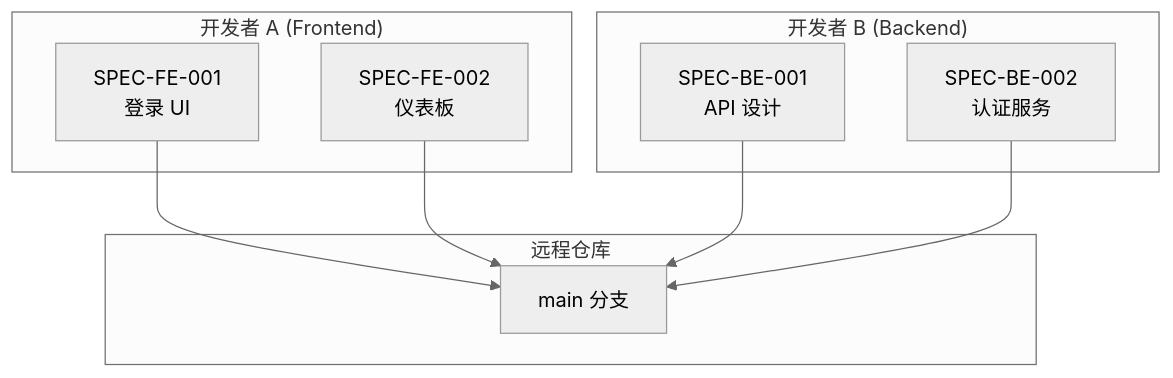
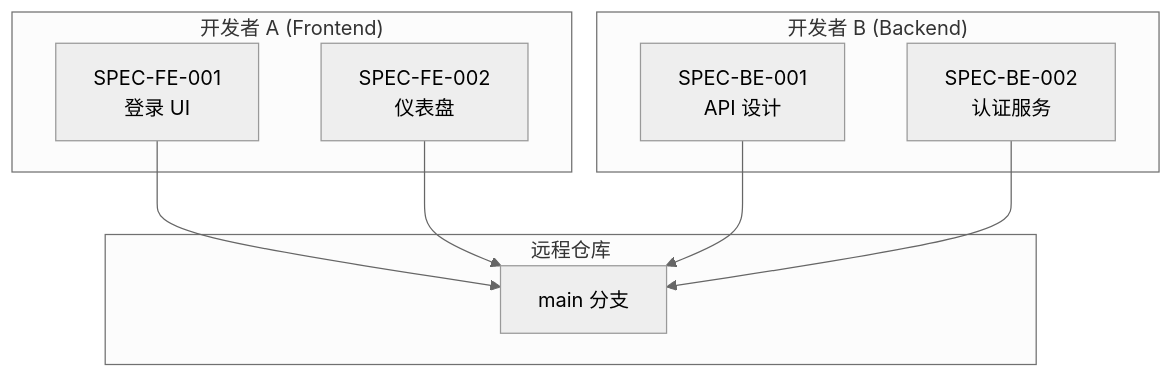
The second of 4 diagrams in mirrors/repos/modu-ai@moai-adk/docs-site/content/zh/worktree/examples.md (gabrielmoreira/agent-skills-mirror), drawn with Mermaid (neutral theme) before and after one commit. The commit also changed other lines of this file and 2470 other files, not shown here.

````diff
--- a/mirrors/repos/modu-ai@moai-adk/docs-site/content/zh/worktree/examples.md
+++ b/mirrors/repos/modu-ai@moai-adk/docs-site/content/zh/worktree/examples.md
@@ -293,21 +300,21 @@
 ```mermaid
-flowchart TD
+graph TB
     subgraph Dev1["开发者 A (Frontend)"]
         F1[SPEC-FE-001<br/>登录 UI]
-        F2[SPEC-FE-002<br/>仪表板]
+        F2[SPEC-FE-002<br/>仪表盘]
     end
 
     subgraph Dev2["开发者 B (Backend)"]
         B1[SPEC-BE-001<br/>API 设计]
         B2[SPEC-BE-002<br/>认证服务]
     end
 
     subgraph Remote["远程仓库"]
         R[main 分支]
     end
 
     F1 --> R
     F2 --> R
     B1 --> R
     B2 --> R
 ```
````
